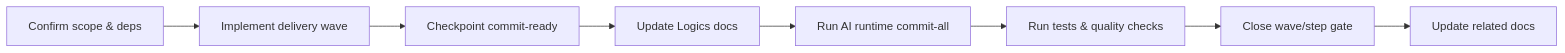
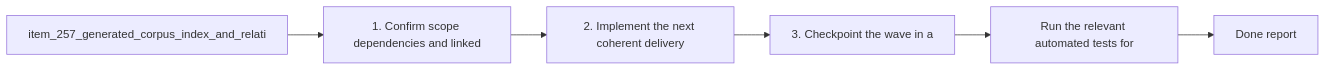
Before and after one commit to AlexAgo83/logics-manager: the diagram in logics/tasks/task_117_generated_corpus_index_and_relationship_views.md, drawn with Mermaid. The commit also changed other lines of this file and 481 other files, not shown here.

````diff
--- a/logics/tasks/task_117_generated_corpus_index_and_relationship_views.md
+++ b/logics/tasks/task_117_generated_corpus_index_and_relationship_views.md
@@ -20,12 +21,10 @@
 ```mermaid
 %% logics-kind: task
 %% logics-signature: task|generated-corpus-index-and-relationship-|item-257-generated-corpus-index-and-rela|1-confirm-scope-dependencies-and-linked|run-the-relevant-automated-tests-for
 flowchart LR
-    A[Confirm scope & deps] --> B[Implement delivery wave]
-    B --> C[Checkpoint commit-ready]
-    C --> D[Update Logics docs]
-    D --> E[Run AI runtime commit-all]
-    E --> F[Run tests & quality checks]
-    F --> G[Close wave/step gate]
-    G --> H[Update related docs]
+    Backlog[item_257_generated_corpus_index_and_relati] --> Step1[1. Confirm scope dependencies and linked]
+    Step1 --> Step2[2. Implement the next coherent delivery]
+    Step2 --> Step3[3. Checkpoint the wave in a]
+    Step3 --> Validation[Run the relevant automated tests for]
+    Validation --> Report[Done report]
 ```
````
